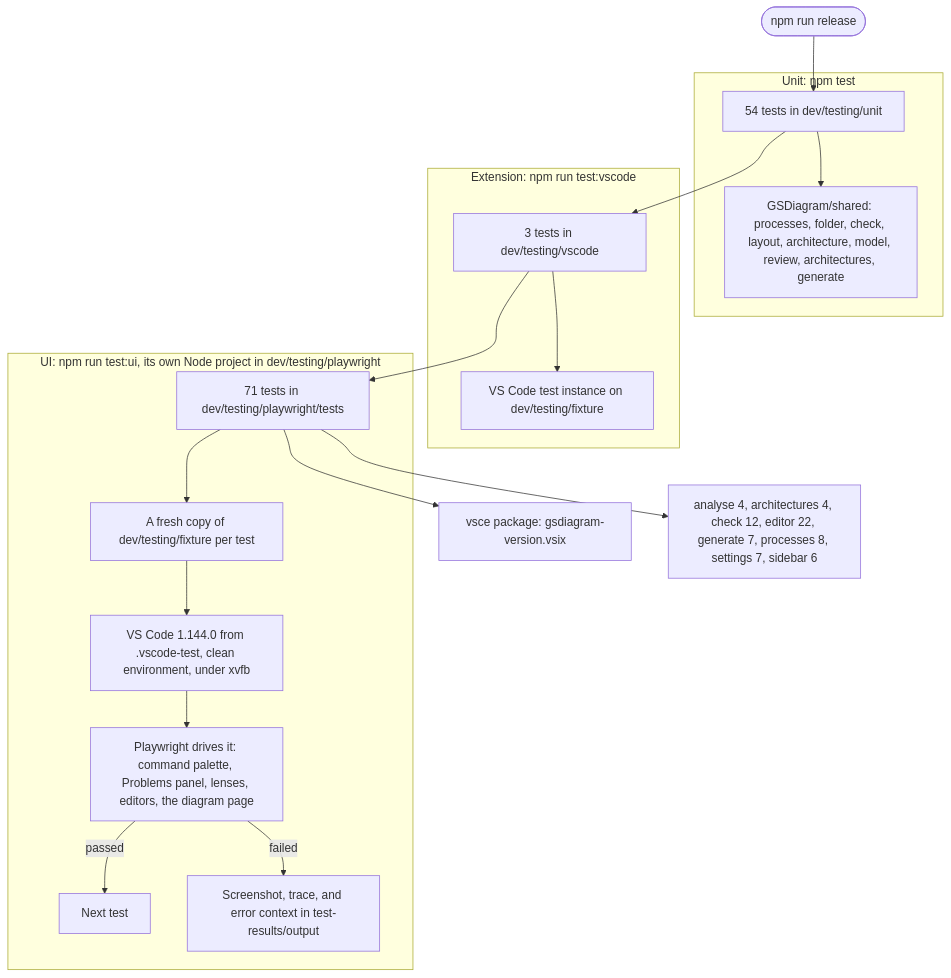
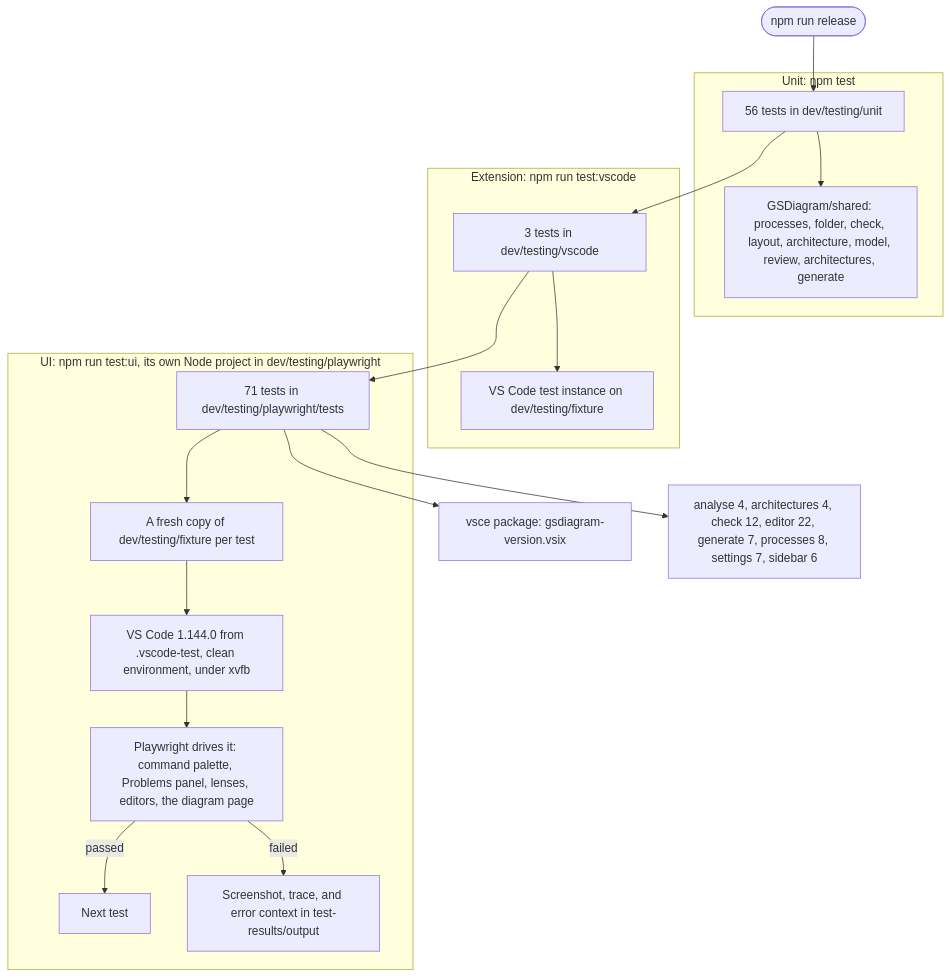
Before and after one commit to carltham/GSDiagram: the diagram in dev/testing/tests.mmd, drawn with Mermaid. The commit also changed 13 other files, not shown here.

First line of the commit message:
Check the architecture four times; subfolders as parts of one

```diff
--- a/dev/testing/tests.mmd
+++ b/dev/testing/tests.mmd
@@ -1,24 +1,24 @@
 %% How GSDiagram is tested: the three suites, what each runs against, and what npm run release does with them.
 flowchart TD
     release([npm run release]) --> unit
     unit --> ext
     ext --> ui
     ui --> package[vsce package: gsdiagram-version.vsix]
 
     subgraph unitSuite [Unit: npm test]
-        unit[54 tests in dev/testing/unit] --> shared[GSDiagram/shared: processes, folder, check, layout, architecture, model, review, architectures, generate]
+        unit[56 tests in dev/testing/unit] --> shared[GSDiagram/shared: processes, folder, check, layout, architecture, model, review, architectures, generate]
     end
 
     subgraph extSuite [Extension: npm run test:vscode]
         ext[3 tests in dev/testing/vscode] --> testVsCode[VS Code test instance on dev/testing/fixture]
     end
 
     subgraph uiSuite [UI: npm run test:ui, its own Node project in dev/testing/playwright]
         ui[71 tests in dev/testing/playwright/tests] --> fresh[A fresh copy of dev/testing/fixture per test]
         fresh --> start[VS Code 1.144.0 from .vscode-test, clean environment, under xvfb]
         start --> drive[Playwright drives it: command palette, Problems panel, lenses, editors, the diagram page]
         drive -->|passed| next[Next test]
         drive -->|failed| evidence[Screenshot, trace, and error context in test-results/output]
     end
 
     ui --> specs[analyse 4, architectures 4, check 12, editor 22, generate 7, processes 8, settings 7, sidebar 6]
```
